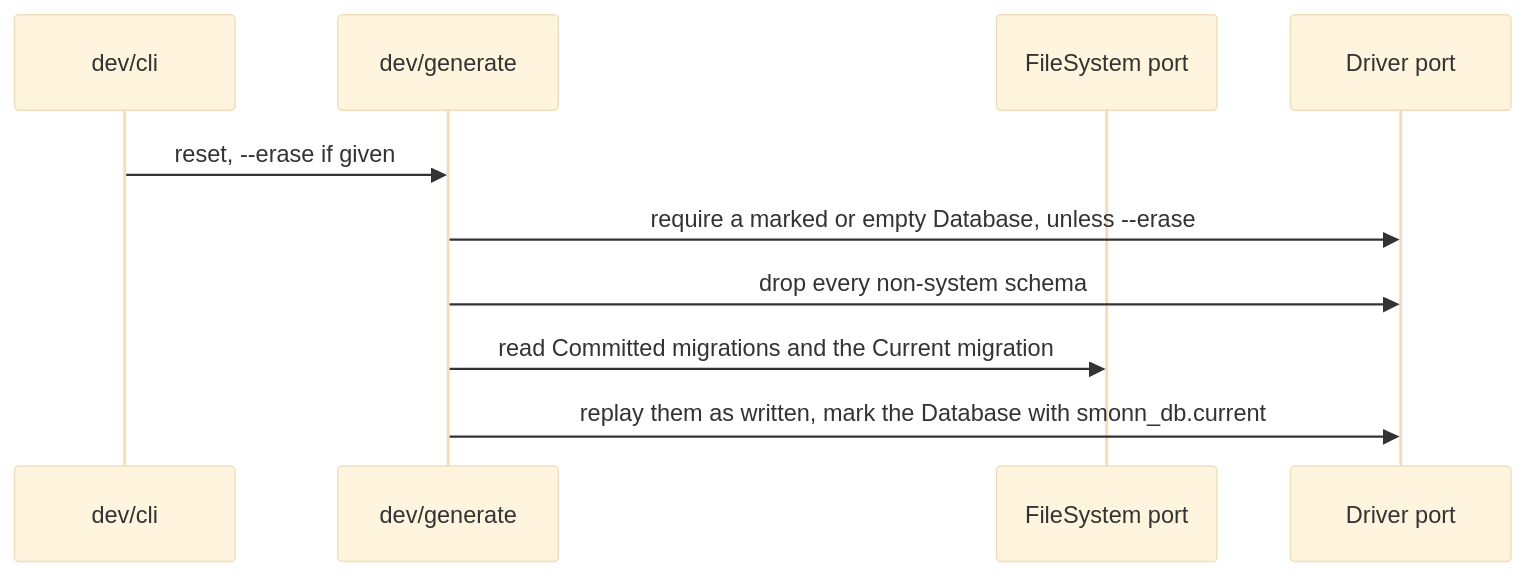
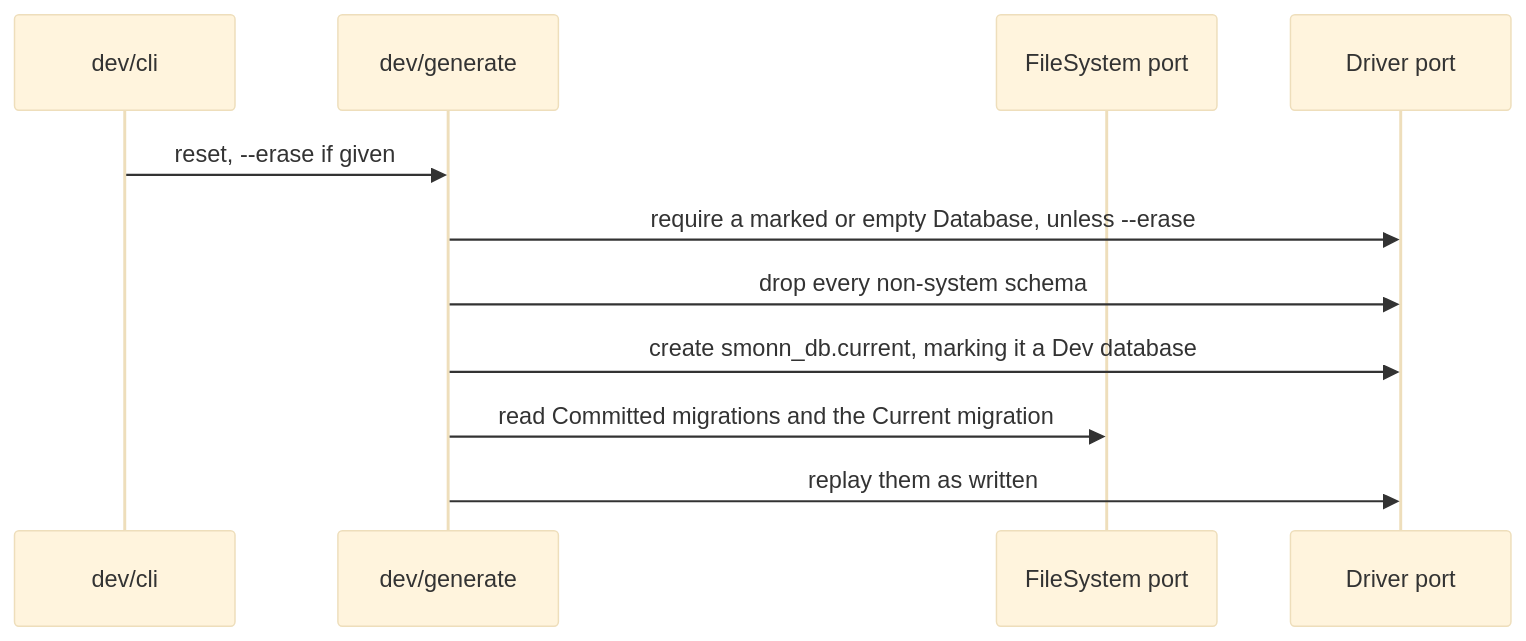
One commit to smonn/db changed the eighth of 8 diagrams in docs/architecture.md. Above: the diagram before and after it, drawn with Mermaid (base theme). The commit also changed other lines of this file, not shown here.

Commit message:
docs(architecture): cite ADR-0016 guards in the generate, migrate, and reset flows

````diff
--- a/docs/architecture.md
+++ b/docs/architecture.md
@@ -191,13 +192,14 @@
 ```mermaid
 sequenceDiagram
   participant CLI as dev/cli
   participant Gen as dev/generate
   participant FS as FileSystem port
   participant DB as Driver port
 
   CLI->>Gen: reset, --erase if given
   Gen->>DB: require a marked or empty Database, unless --erase
   Gen->>DB: drop every non-system schema
+  Gen->>DB: create smonn_db.current, marking it a Dev database
   Gen->>FS: read Committed migrations and the Current migration
-  Gen->>DB: replay them as written, mark the Database with smonn_db.current
+  Gen->>DB: replay them as written
 ```
````
